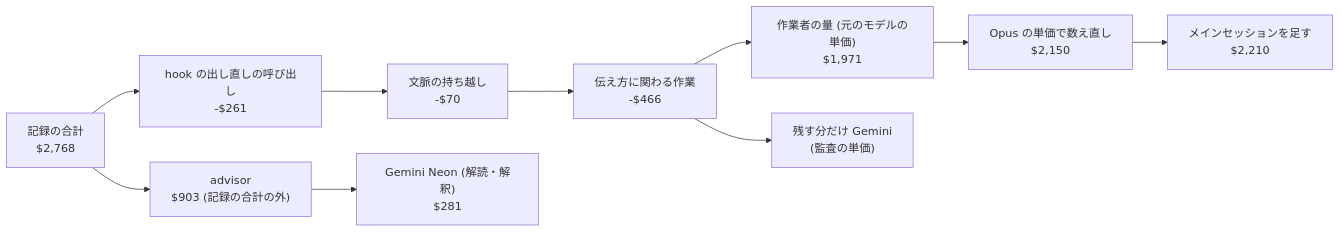
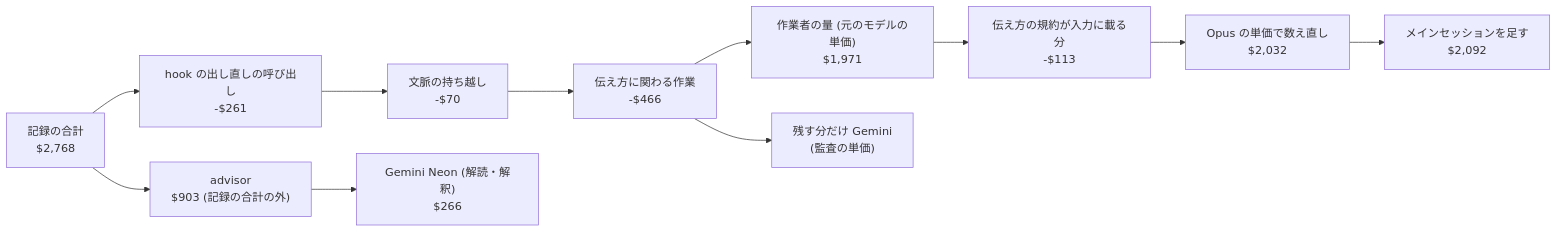
The diagram in docs/claude-unification/rule-gates.md (myurait/pda), drawn with Mermaid before and after one commit. The commit also changed other lines of this file, not shown here.

````diff
--- a/docs/claude-unification/rule-gates.md
+++ b/docs/claude-unification/rule-gates.md
@@ -748,12 +748,13 @@
 ```mermaid
 flowchart LR
   R["記録の合計<br/>$2,768"] --> H["hook の出し直しの呼び出し<br/>-$261"]
   H --> K["文脈の持ち越し<br/>-$70"]
   K --> C["伝え方に関わる作業<br/>-$466"]
   C --> W["作業者の量 (元のモデルの単価)<br/>$1,971"]
-  W --> O["Opus の単価で数え直し<br/>$2,150"]
-  O --> M["メインセッションを足す<br/>$2,210"]
+  W --> X["伝え方の規約が入力に載る分<br/>-$113"]
+  X --> O["Opus の単価で数え直し<br/>$2,032"]
+  O --> M["メインセッションを足す<br/>$2,092"]
   R --> A["advisor<br/>$903 (記録の合計の外)"]
-  A --> N["Gemini Neon (解読・解釈)<br/>$281"]
+  A --> N["Gemini Neon (解読・解釈)<br/>$266"]
   C --> G["残す分だけ Gemini<br/>(監査の単価)"]
 ```
````
